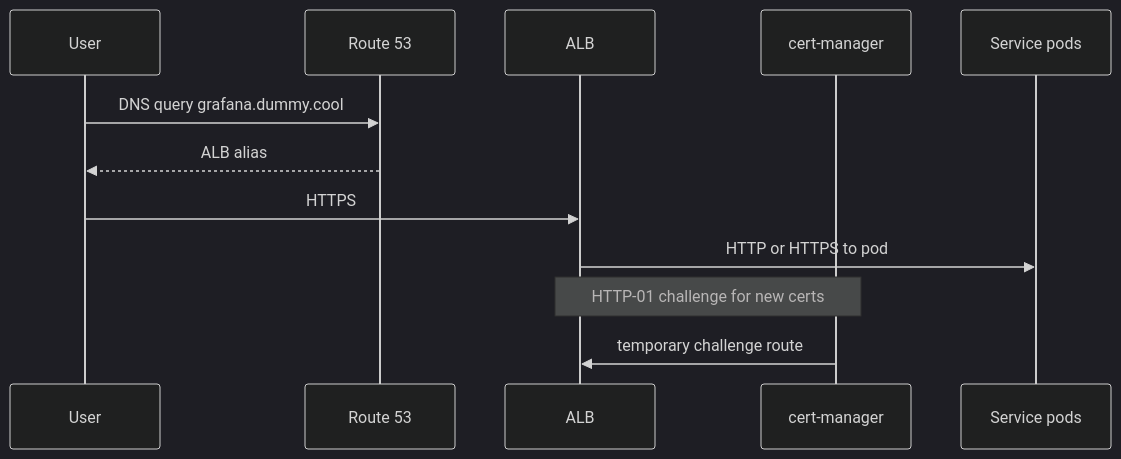
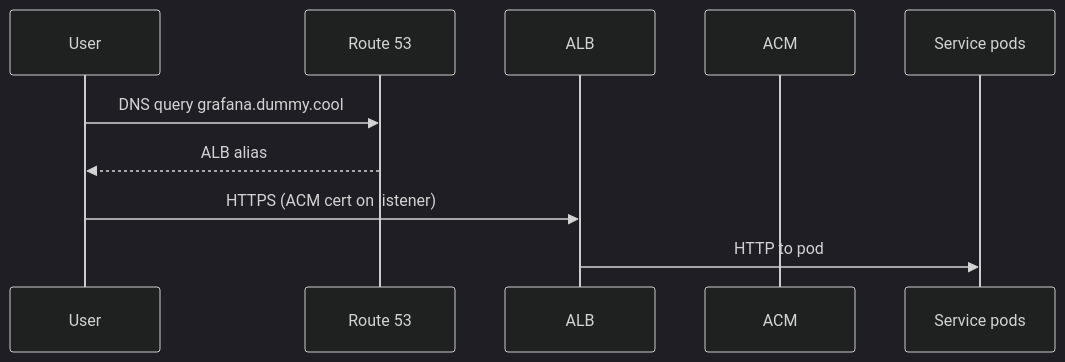
The second of 2 diagrams in docs/networking.md (yamansener199/gradyent-eks), drawn with Mermaid (dark theme) before and after one commit. The commit also changed other lines of this file and 35 other files, not shown here.

````diff
--- a/docs/networking.md
+++ b/docs/networking.md
@@ -112,15 +129,13 @@
 ```mermaid
 sequenceDiagram
   participant User
   participant R53 as Route 53
   participant ALB as ALB
-  participant CM as cert-manager
+  participant ACM as ACM
   participant Pod as Service pods
 
   User->>R53: DNS query grafana.dummy.cool
   R53-->>User: ALB alias
-  User->>ALB: HTTPS
-  ALB->>Pod: HTTP or HTTPS to pod
-  Note over CM,ALB: HTTP-01 challenge for new certs
-  CM->>ALB: temporary challenge route
+  User->>ALB: HTTPS (ACM cert on listener)
+  ALB->>Pod: HTTP to pod
 ```
````
